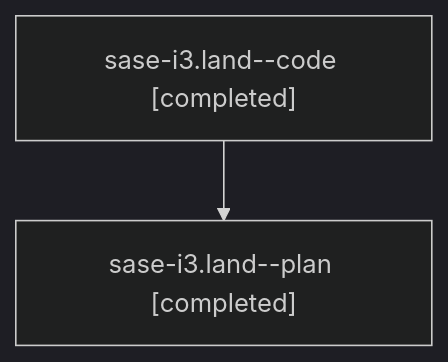
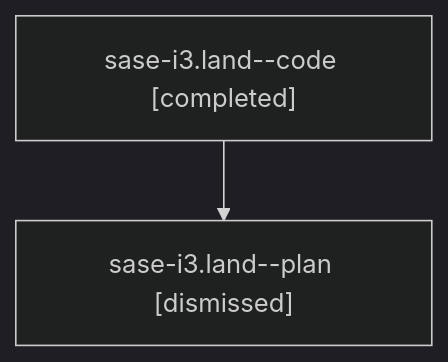
Before and after one commit to sase-org/sase--agents: the diagram in families/bbugyi200.athena.sase-i3.land.md, drawn with Mermaid (dark theme). The commit also changed other lines of this file and 2170 other files, not shown here.

````diff
--- a/families/bbugyi200.athena.sase-i3.land.md
+++ b/families/bbugyi200.athena.sase-i3.land.md
@@ -9,6 +9,6 @@
 ```mermaid
 flowchart TD
   n0["sase-i3.land--code [completed]"]
-  n1["sase-i3.land--plan [completed]"]
+  n1["sase-i3.land--plan [dismissed]"]
   n0 --> n1
 ```
````
